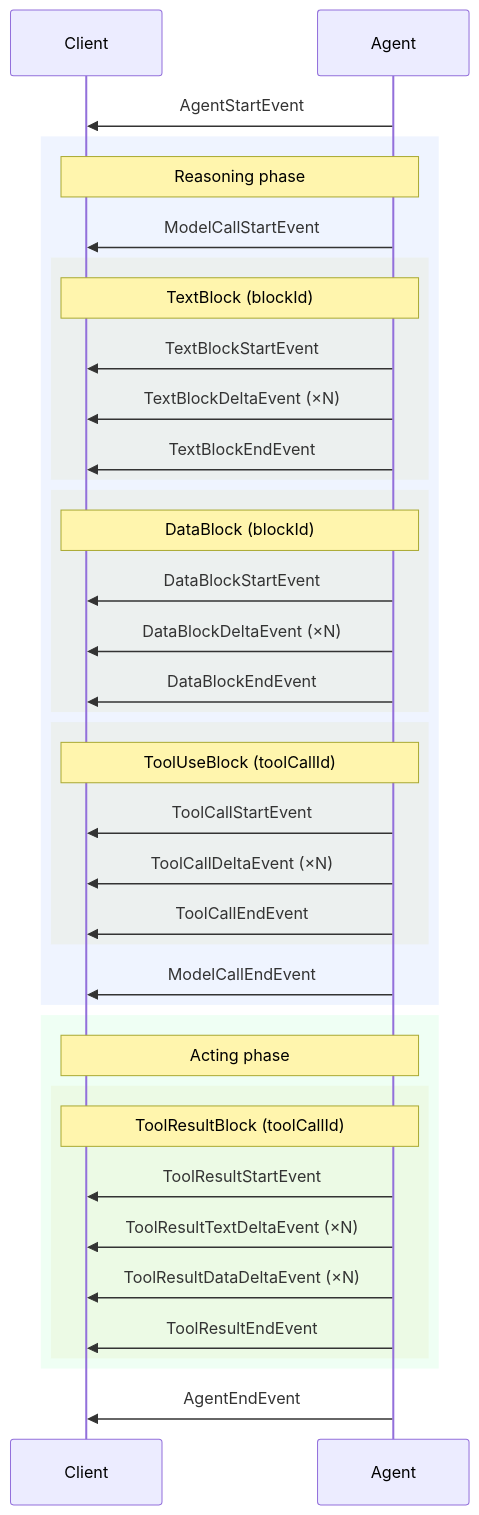
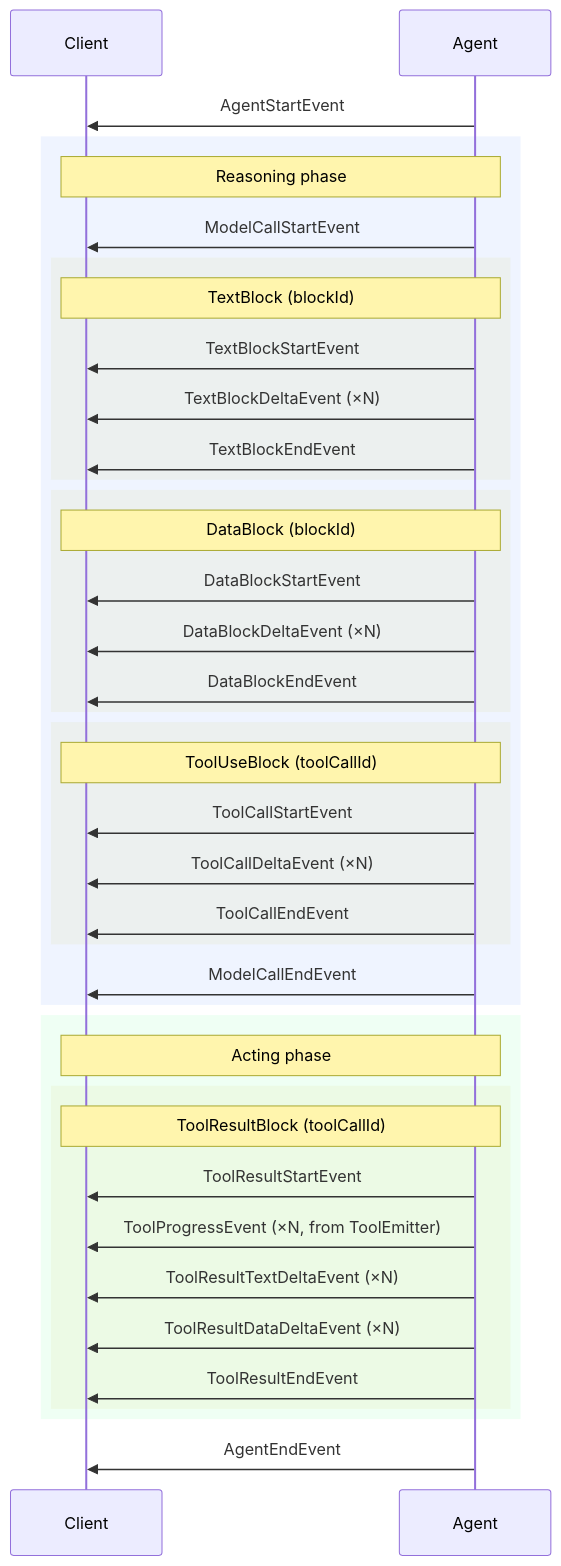
One commit to nexora-dev200/agentscope-java changed the diagram in docs/v2/en/docs/building-blocks/message-and-event.md. Above: the diagram before and after it, drawn with Mermaid. The commit also changed other lines of this file and 21 other files, not shown here.

First line of the commit message:
fix(core): carry tool progress on its own event type (#3331)

````diff
--- a/docs/v2/en/docs/building-blocks/message-and-event.md
+++ b/docs/v2/en/docs/building-blocks/message-and-event.md
@@ -142,44 +142,45 @@
 ```mermaid
 sequenceDiagram
     participant Client
     participant Agent
 
     Agent->>Client: AgentStartEvent
 
     rect rgba(100, 150, 255, 0.1)
         Note over Client,Agent: Reasoning phase
         Agent->>Client: ModelCallStartEvent
         rect rgba(200, 200, 100, 0.1)
             Note over Client,Agent: TextBlock (blockId)
             Agent->>Client: TextBlockStartEvent
             Agent->>Client: TextBlockDeltaEvent (×N)
             Agent->>Client: TextBlockEndEvent
         end
         rect rgba(200, 200, 100, 0.1)
             Note over Client,Agent: DataBlock (blockId)
             Agent->>Client: DataBlockStartEvent
             Agent->>Client: DataBlockDeltaEvent (×N)
             Agent->>Client: DataBlockEndEvent
         end
         rect rgba(200, 200, 100, 0.1)
             Note over Client,Agent: ToolUseBlock (toolCallId)
             Agent->>Client: ToolCallStartEvent
             Agent->>Client: ToolCallDeltaEvent (×N)
             Agent->>Client: ToolCallEndEvent
         end
         Agent->>Client: ModelCallEndEvent
     end
 
     rect rgba(100, 255, 150, 0.1)
         Note over Client,Agent: Acting phase
         rect rgba(200, 200, 100, 0.1)
             Note over Client,Agent: ToolResultBlock (toolCallId)
             Agent->>Client: ToolResultStartEvent
+            Agent->>Client: ToolProgressEvent (×N, from ToolEmitter)
             Agent->>Client: ToolResultTextDeltaEvent (×N)
             Agent->>Client: ToolResultDataDeltaEvent (×N)
             Agent->>Client: ToolResultEndEvent
         end
     end
 
     Agent->>Client: AgentEndEvent
 ```
````
